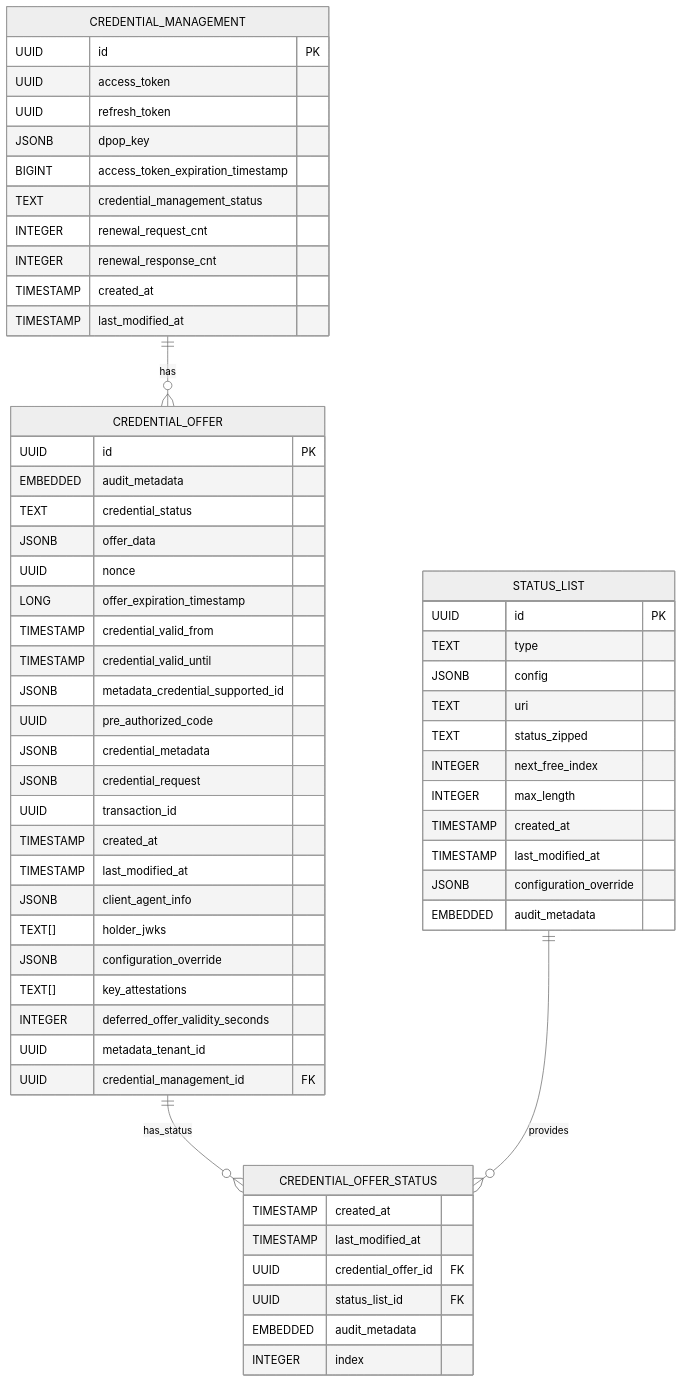
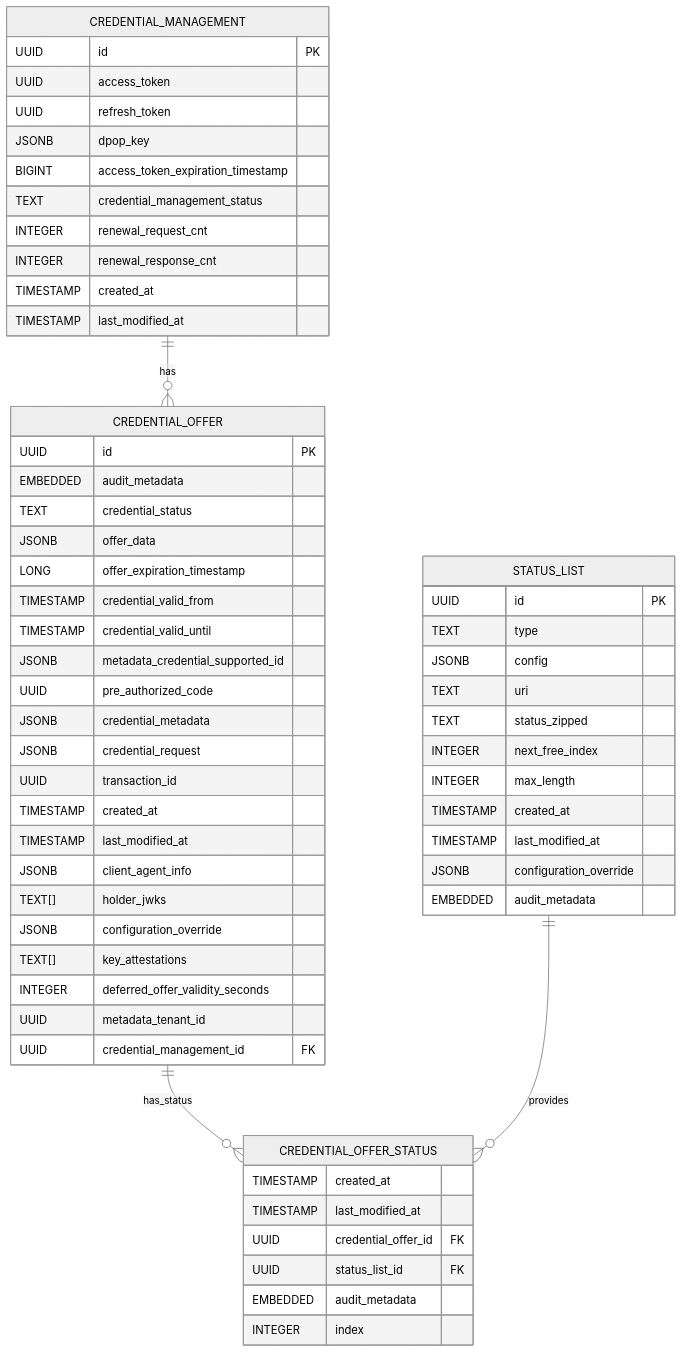
Before and after one commit to swiyu-admin-ch/swiyu-issuer: the third of 6 diagrams in README.md, drawn with Mermaid (neutral theme). The commit also changed other lines of this file, not shown here.

Commit message:
feat(EIDOMNI-166): remove nonce from credential offer documentation in readme

````diff
--- a/README.md
+++ b/README.md
@@ -548,67 +548,66 @@
 ```mermaid
 erDiagram
     CREDENTIAL_MANAGEMENT {
         UUID id PK
         UUID access_token
         UUID refresh_token
         JSONB dpop_key
         BIGINT access_token_expiration_timestamp
         TEXT credential_management_status
         INTEGER renewal_request_cnt
         INTEGER renewal_response_cnt
         TIMESTAMP created_at
         TIMESTAMP last_modified_at
     }
 
     CREDENTIAL_OFFER {
         UUID id PK
         EMBEDDED audit_metadata
         TEXT credential_status
         JSONB offer_data
-        UUID nonce
         LONG offer_expiration_timestamp
         TIMESTAMP credential_valid_from
         TIMESTAMP credential_valid_until
         JSONB metadata_credential_supported_id
         UUID pre_authorized_code
         JSONB credential_metadata
         JSONB credential_request
         UUID transaction_id
         TIMESTAMP created_at
         TIMESTAMP last_modified_at
         JSONB client_agent_info
         TEXT[] holder_jwks
         JSONB configuration_override
         TEXT[] key_attestations
         INTEGER deferred_offer_validity_seconds
         UUID metadata_tenant_id
         UUID credential_management_id FK
     }
 
     CREDENTIAL_OFFER_STATUS {
         TIMESTAMP created_at
         TIMESTAMP last_modified_at
         UUID credential_offer_id FK
         UUID status_list_id FK
         EMBEDDED audit_metadata
         INTEGER index
     }
 
     STATUS_LIST {
         UUID id PK
         TEXT type
         JSONB config
         TEXT uri
         TEXT status_zipped
         INTEGER next_free_index
         INTEGER max_length
         TIMESTAMP created_at
         TIMESTAMP last_modified_at
         JSONB configuration_override
         EMBEDDED audit_metadata
     }
 
     CREDENTIAL_MANAGEMENT ||--o{ CREDENTIAL_OFFER : "has"
     CREDENTIAL_OFFER ||--o{ CREDENTIAL_OFFER_STATUS : "has_status"
     STATUS_LIST ||--o{ CREDENTIAL_OFFER_STATUS : "provides"
 ```
````
